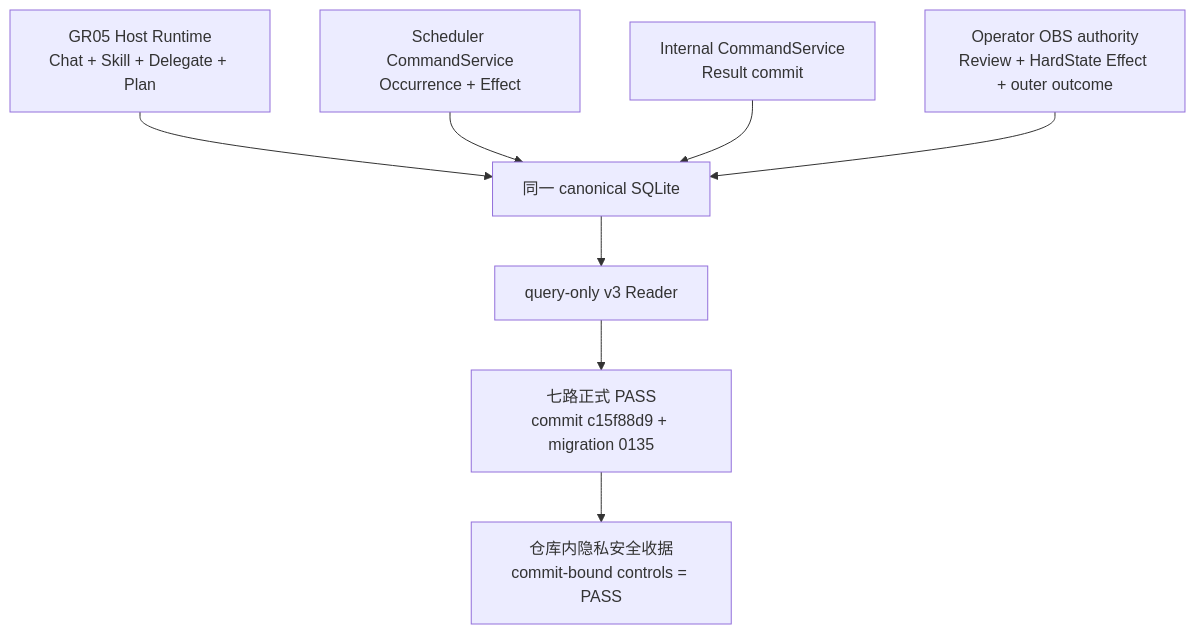
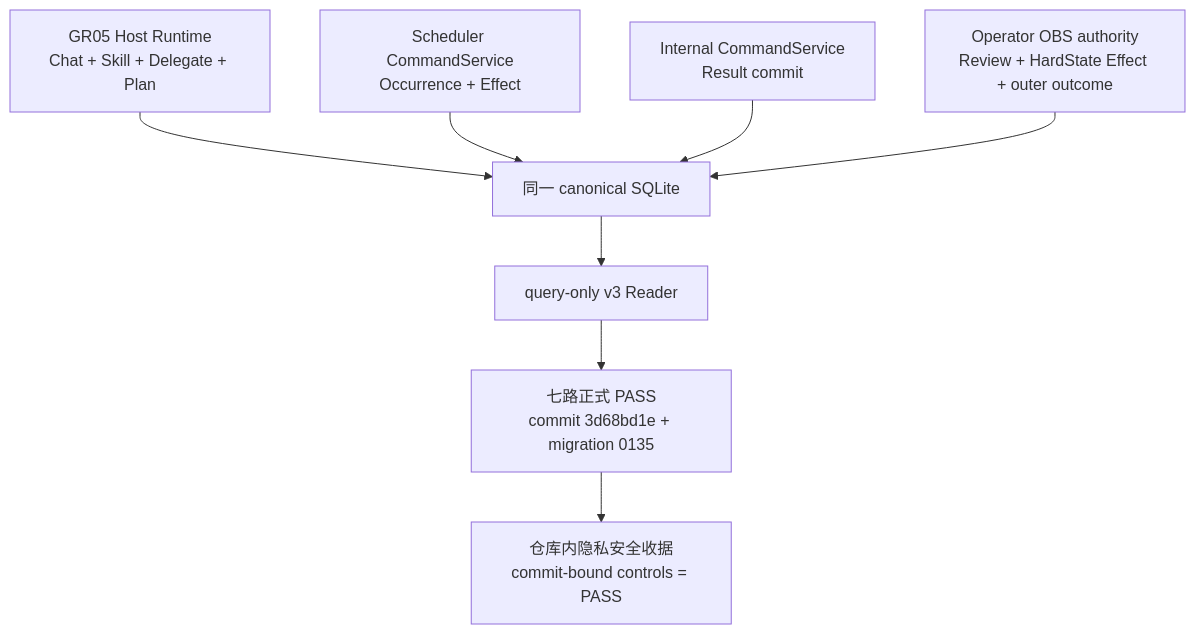
One commit to SakuraYoruno/Natsume_Ai changed the fourth of 39 diagrams in docs/50_project/arch/DATA_FLOW_ARCHITECTURE.md. Above: the diagram before and after it, drawn with Mermaid. The commit also changed other lines of this file and 12 other files, not shown here.

````diff
--- a/docs/50_project/arch/DATA_FLOW_ARCHITECTURE.md
+++ b/docs/50_project/arch/DATA_FLOW_ARCHITECTURE.md
@@ -75,10 +75,10 @@
 ```mermaid
 flowchart TD
     H["GR05 Host Runtime\nChat + Skill + Delegate + Plan"] --> DB["同一 canonical SQLite"]
     S["Scheduler CommandService\nOccurrence + Effect"] --> DB
     I["Internal CommandService\nResult commit"] --> DB
     O["Operator OBS authority\nReview + HardState Effect + outer outcome"] --> DB
     DB --> R["query-only v3 Reader"]
-    R --> V["七路正式 PASS\ncommit c15f88d9 + migration 0135"]
+    R --> V["七路正式 PASS\ncommit 3d68bd1e + migration 0135"]
     V --> X["仓库内隐私安全收据\ncommit-bound controls = PASS"]
 ```
````
